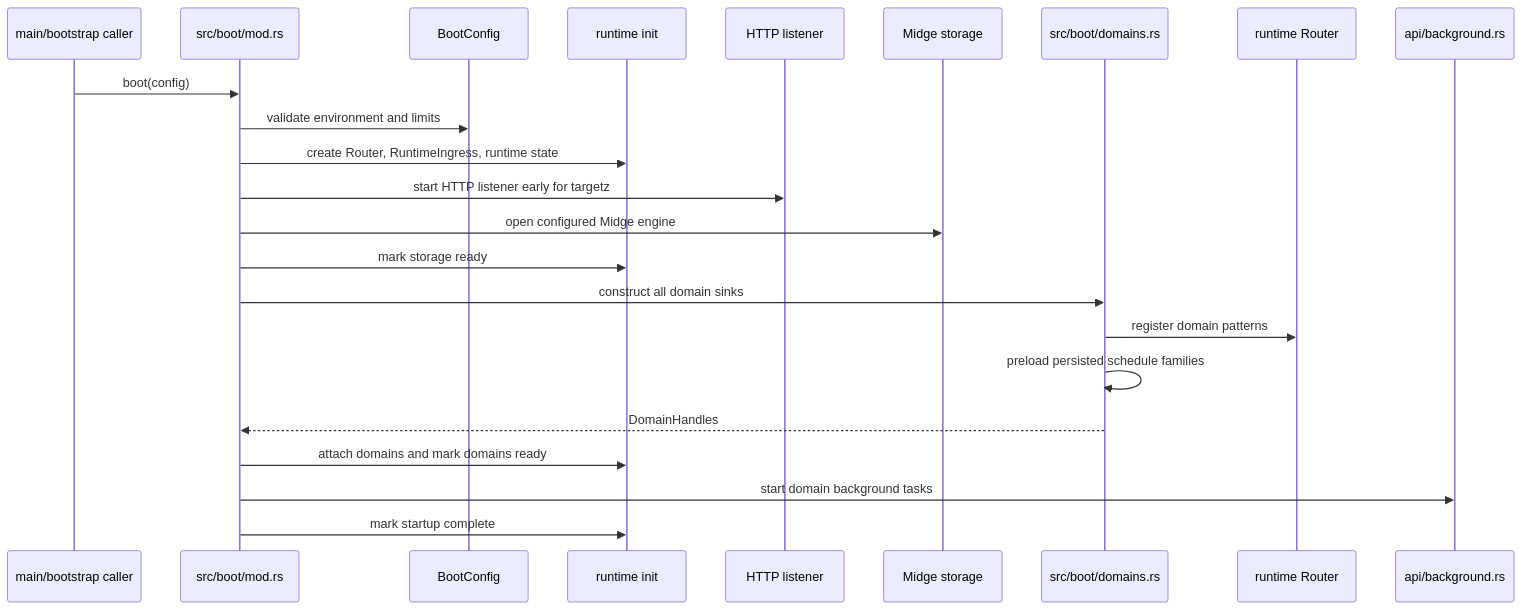
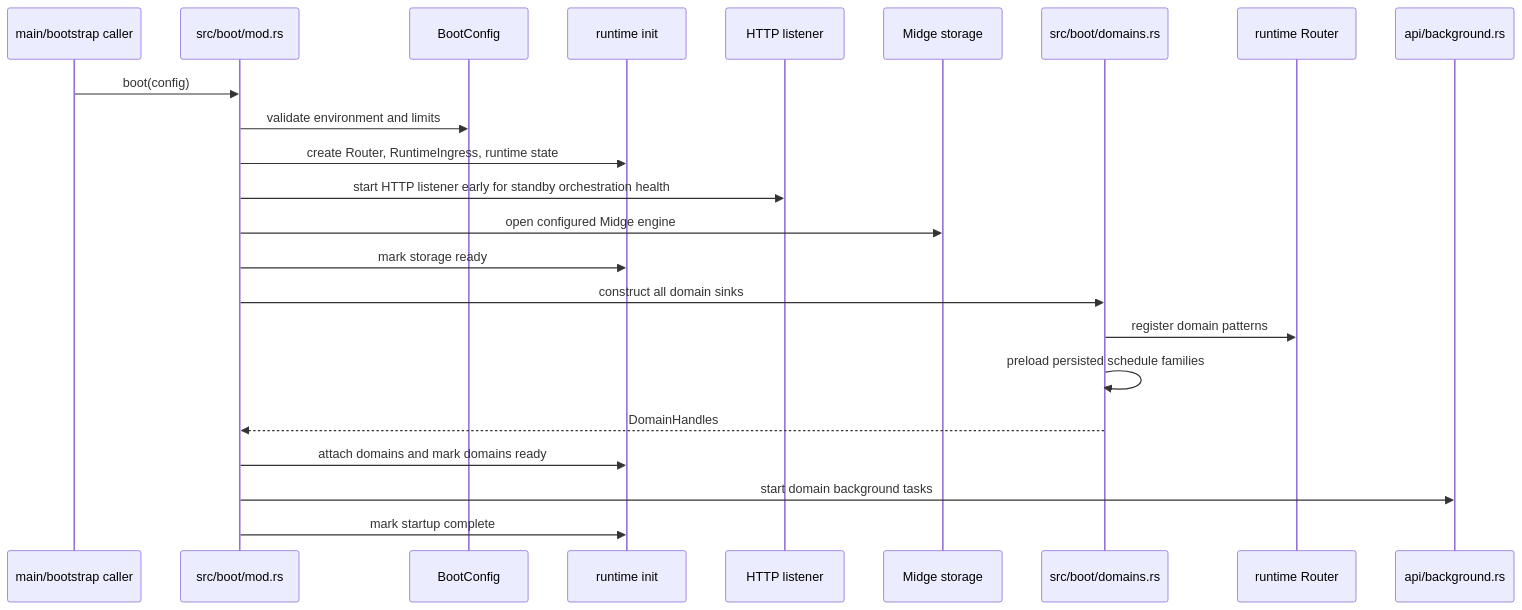
The first of 4 diagrams in docs/development/code-architecture-runtime-flows.md (cntryl/fitz), drawn with Mermaid before and after one commit. The commit also changed other lines of this file and 25 other files, not shown here.

````diff
--- a/docs/development/code-architecture-runtime-flows.md
+++ b/docs/development/code-architecture-runtime-flows.md
@@ -11,26 +11,26 @@
 ```mermaid
 sequenceDiagram
     participant Main as main/bootstrap caller
     participant Boot as src/boot/mod.rs
     participant Config as BootConfig
     participant Runtime as runtime init
     participant HTTP as HTTP listener
     participant Storage as Midge storage
     participant Domains as src/boot/domains.rs
     participant Router as runtime Router
     participant Background as api/background.rs
 
     Main->>Boot: boot(config)
     Boot->>Config: validate environment and limits
     Boot->>Runtime: create Router, RuntimeIngress, runtime state
-    Boot->>HTTP: start HTTP listener early for targetz
+    Boot->>HTTP: start HTTP listener early for standby orchestration health
     Boot->>Storage: open configured Midge engine
     Boot->>Runtime: mark storage ready
     Boot->>Domains: construct all domain sinks
     Domains->>Router: register domain patterns
     Domains->>Domains: preload persisted schedule families
     Domains-->>Boot: DomainHandles
     Boot->>Runtime: attach domains and mark domains ready
     Boot->>Background: start domain background tasks
     Boot->>Runtime: mark startup complete
 ```
````
